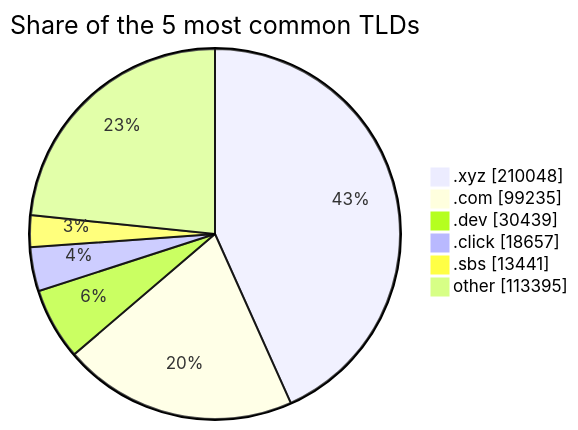
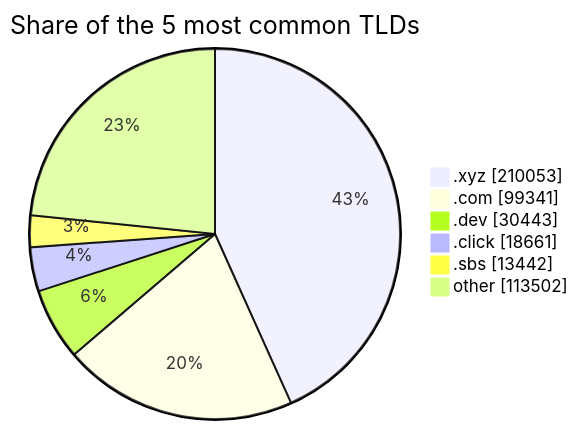
The third of 3 diagrams in README.md (DNSBunker/CTI), drawn with Mermaid before and after one commit. The commit also changed other lines of this file and 3 other files, not shown here.

````diff
--- a/README.md
+++ b/README.md
@@ -81,9 +81,9 @@
 ```mermaid
 pie showData title Share of the 5 most common TLDs
-    ".xyz" : 210048
-    ".com" : 99235
-    ".dev" : 30439
-    ".click" : 18657
-    ".sbs" : 13441
-    "other" : 113395
+    ".xyz" : 210053
+    ".com" : 99341
+    ".dev" : 30443
+    ".click" : 18661
+    ".sbs" : 13442
+    "other" : 113502
 ```
````
